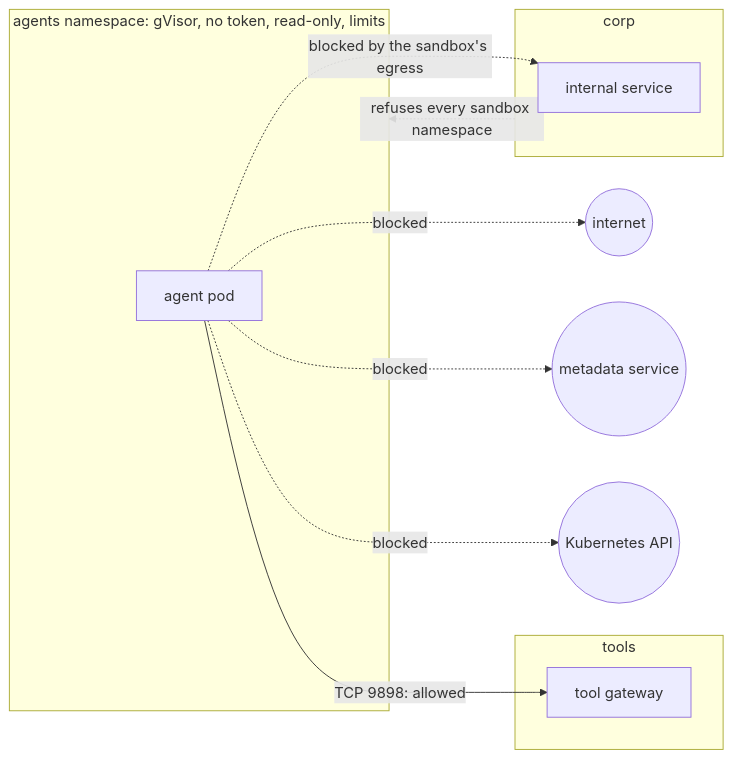
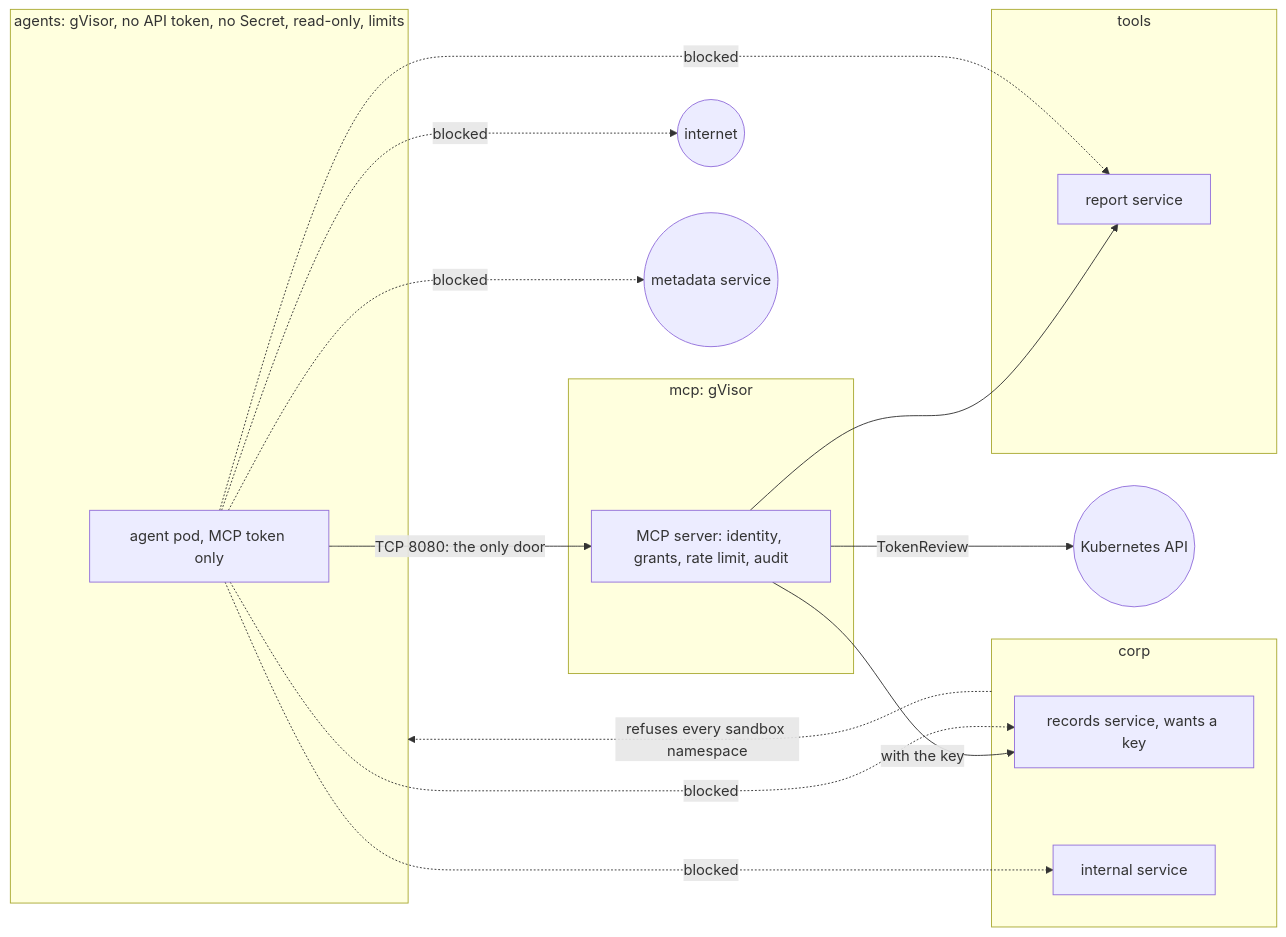
Before and after one commit to heyvaldemar/kubernetes-ai-agent-sandbox: the diagram in README.md, drawn with Mermaid. The commit also changed other lines of this file and 35 other files, not shown here.

First line of the commit message:
feat: an MCP server as the agents' only door to their tools

````diff
--- a/README.md
+++ b/README.md
@@ -51,18 +79,26 @@
 ```mermaid
 flowchart LR
-  subgraph agents[agents namespace: gVisor, no token, read-only, limits]
-    agent[agent pod]
+  subgraph agents[agents: gVisor, no API token, no Secret, read-only, limits]
+    agent[agent pod, MCP token only]
+  end
+  subgraph mcp[mcp: gVisor]
+    server[MCP server: identity, grants, rate limit, audit]
   end
   subgraph tools[tools]
-    tool[tool gateway]
+    report[report service]
   end
   subgraph corp[corp]
-    records[internal service]
+    recs[records service, wants a key]
+    internal[internal service]
   end
-  agent -->|TCP 9898: allowed| tool
-  agent -.->|blocked by the sandbox's egress| records
+  agent -->|TCP 8080: the only door| server
+  server -->|TokenReview| api((Kubernetes API))
+  server --> report
+  server -->|with the key| recs
+  agent -.->|blocked| recs
+  agent -.->|blocked| report
+  agent -.->|blocked| internal
   agent -.->|blocked| internet((internet))
   agent -.->|blocked| imds((metadata service))
-  agent -.->|blocked| api((Kubernetes API))
   corp -. refuses every sandbox namespace .-> agents
 ```
````
